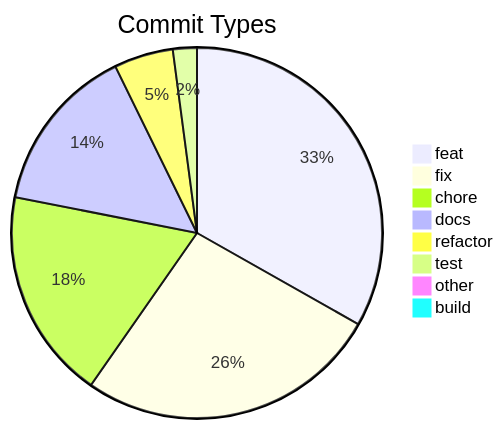
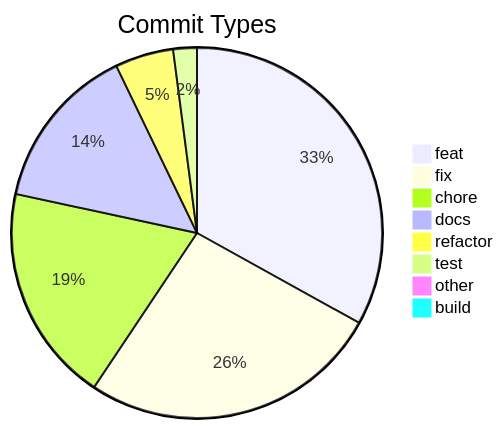
The diagram in .shipwright/compliance/change-history.md (svenroth-ai/shipwright), drawn with Mermaid before and after one commit. The commit also changed other lines of this file and 13 other files, not shown here.

````diff
--- a/.shipwright/compliance/change-history.md
+++ b/.shipwright/compliance/change-history.md
@@ -8,11 +8,11 @@
 ```mermaid
 pie title Commit Types
-    "feat" : 238
-    "fix" : 190
-    "chore" : 132
+    "feat" : 240
+    "fix" : 191
+    "chore" : 138
     "docs" : 105
     "refactor" : 37
     "test" : 15
     "other" : 7
     "build" : 1
 ```
````
